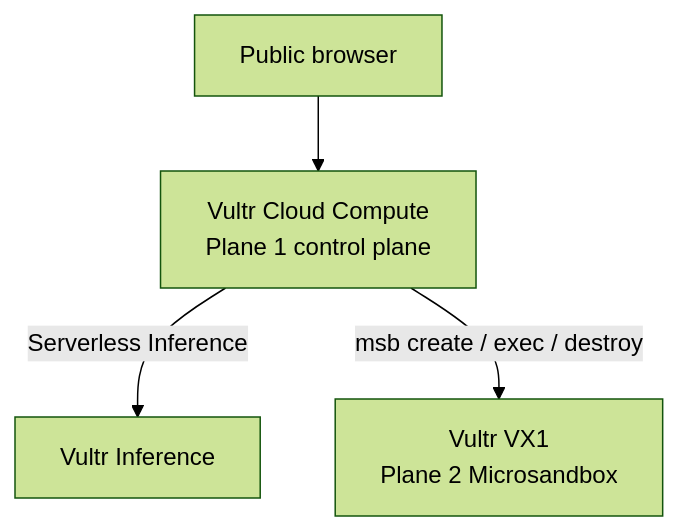
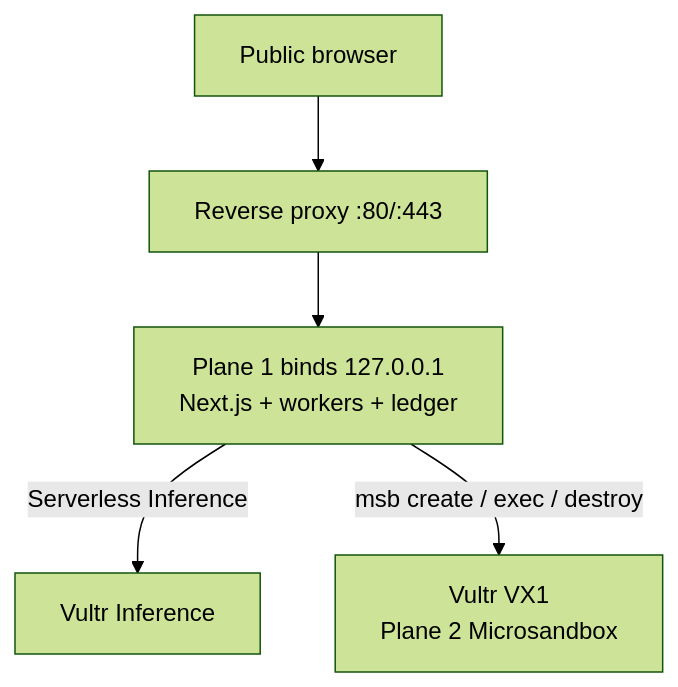
Before and after one commit to ludvigodin/killhub: the sixth of 6 diagrams in ARCHITECTURE.md, drawn with Mermaid (forest theme). The commit also changed other lines of this file and 10 other files, not shown here.

Commit message:
Update AGENTS.md, API.md, ARCHITECTURE.md, DATABASE.md, and IMPLEMENTATION files

````diff
--- a/ARCHITECTURE.md
+++ b/ARCHITECTURE.md
@@ -304,6 +440,7 @@
 ```mermaid
 flowchart TB
-  User["Public browser"] --> CP["Vultr Cloud Compute<br/>Plane 1 control plane"]
+  User["Public browser"] --> Edge["Reverse proxy :80/:443"]
+  Edge --> CP["Plane 1 binds 127.0.0.1<br/>Next.js + workers + ledger"]
   CP -->|"Serverless Inference"| Inf["Vultr Inference"]
   CP -->|"msb create / exec / destroy"| VX1["Vultr VX1<br/>Plane 2 Microsandbox"]
 ```
````
